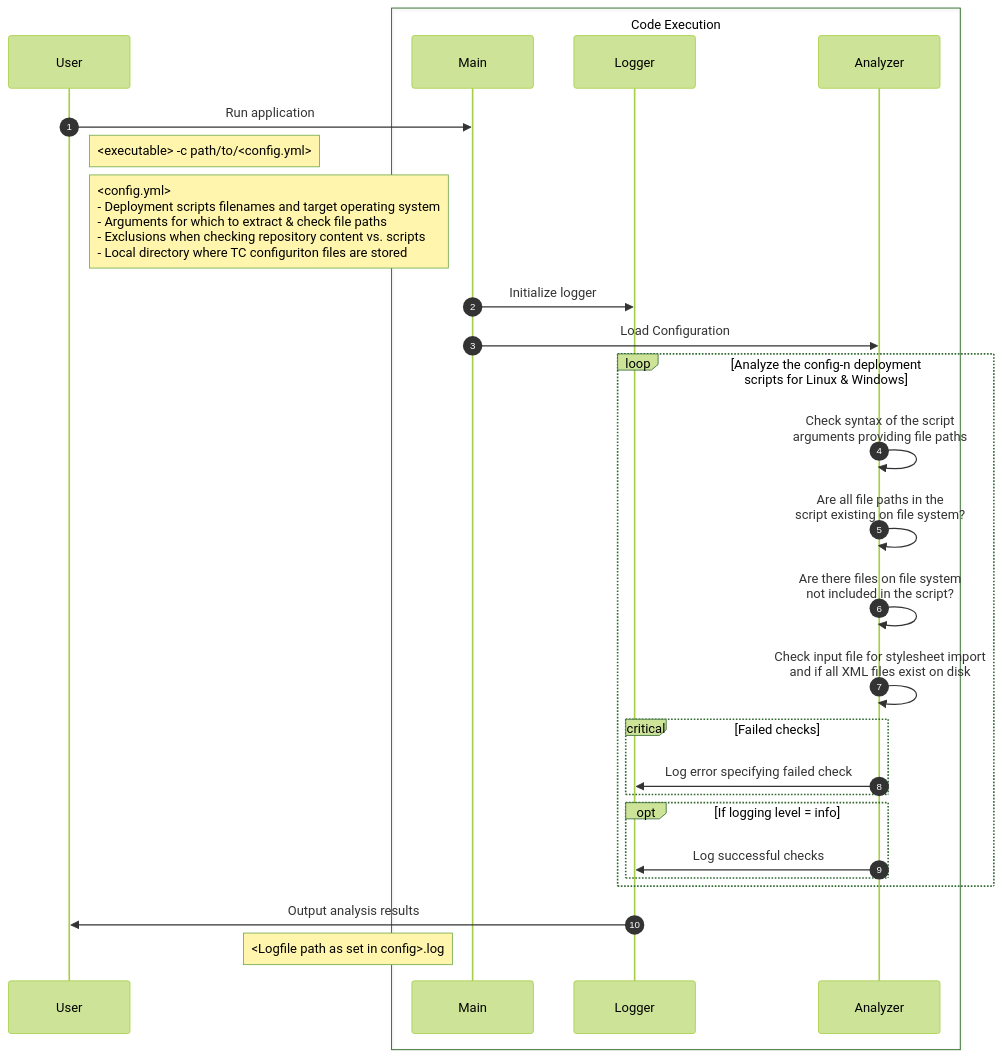
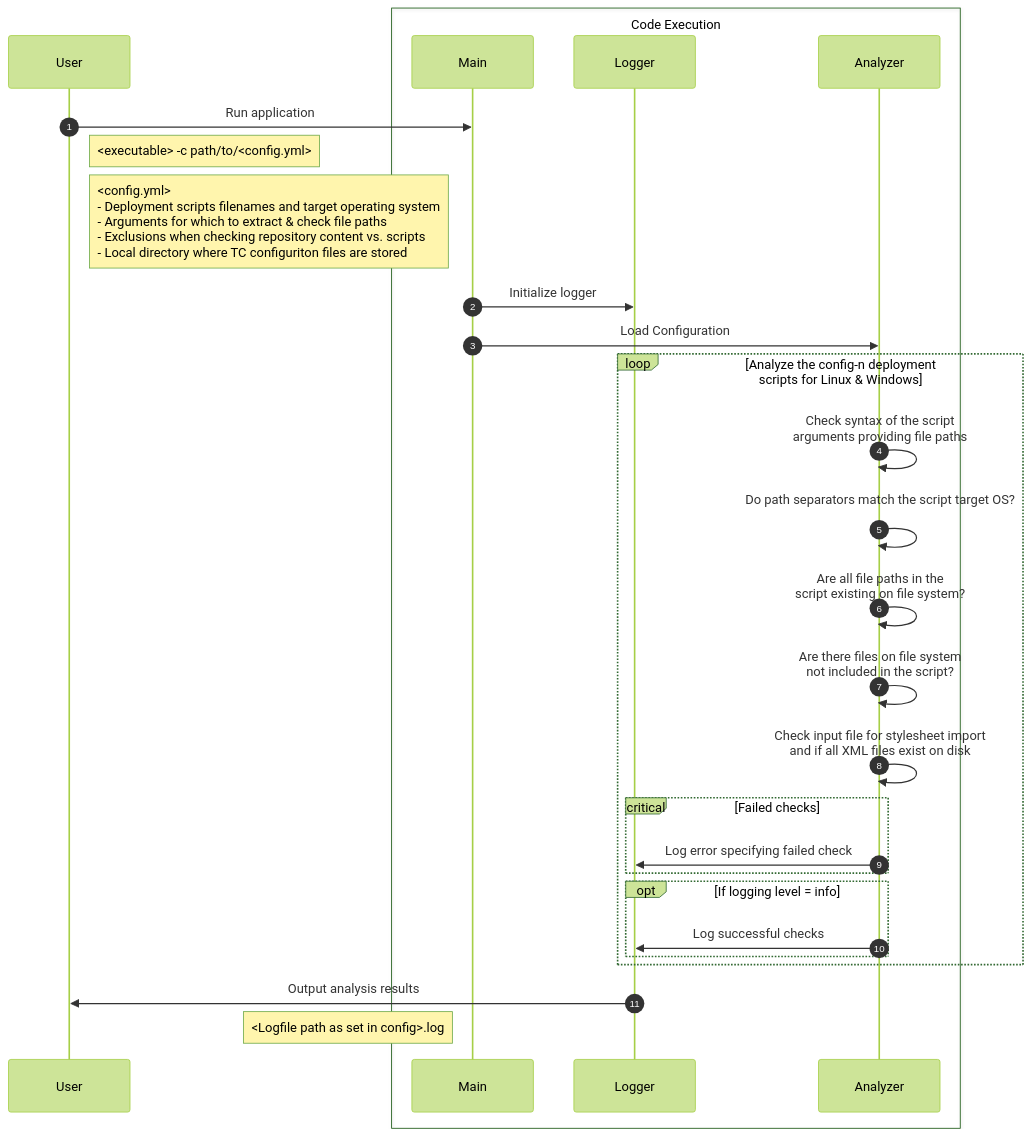
Before and after one commit to ananchev/validate-tcx-deploy-script: the diagram in readme.md, drawn with Mermaid (forest theme).

Commit message:
update documentation: add path separator validation step

````diff
--- a/readme.md
+++ b/readme.md
@@ -2,40 +2,41 @@
 ```mermaid
 ---
 config:
     noteAlign: left
 ---
 sequenceDiagram
     autonumber
     participant User
     box Code Execution
     participant Main
     participant Logger
     participant Analyzer
     end
 
     User->>Main: Run application
     Note right of User: <executable> -c path/to/<config.yml>
     Note right of User: <config.yml> <br> - Deployment scripts filenames and target operating system <br> - Arguments for which to extract & check file paths <br> - Exclusions when checking repository content vs. scripts<br> - Local directory where TC configuriton files are stored
     
     Main->>Logger: Initialize logger
     Main->>Analyzer: Load Configuration
    
 
     
 
     loop Analyze the config-n deployment scripts for Linux & Windows
         Analyzer->>Analyzer: Check syntax of the script <br> arguments providing file paths
+        Analyzer->>Analyzer: Do path separators match the script target OS? <br>
         Analyzer->>Analyzer: Are all file paths in the <br> script existing on file system?
         Analyzer->>Analyzer: Are there files on file system <br> not included in the script?
         Analyzer->>Analyzer: Check input file for stylesheet import <br> and if all XML files exist on disk
         critical Failed checks
             Analyzer->>Logger: Log error specifying failed check
         end
         opt If logging level = info
                 Analyzer->>Logger: Log successful checks
         end
 
     end
     Logger->>User: Output analysis results
     Note left of Main: <Logfile path as set in config>.log
 ```
````
